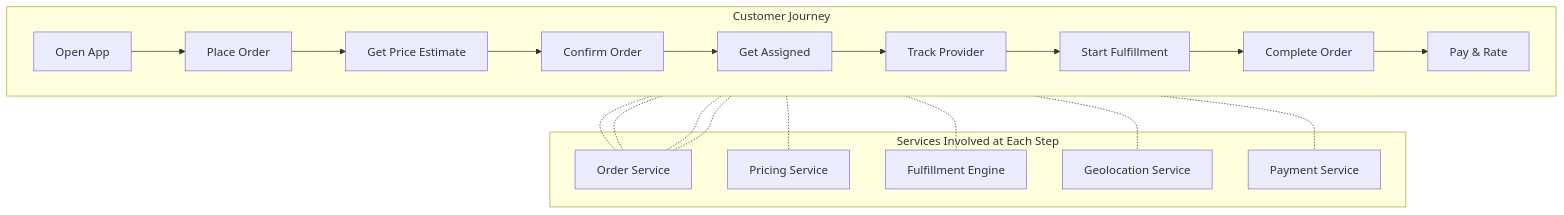
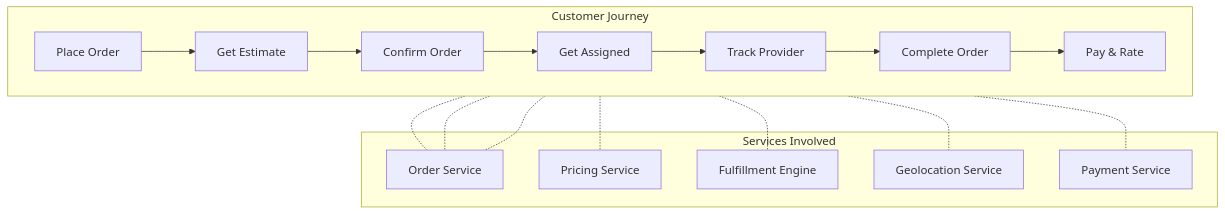
Before and after one commit to rishikeshdhokare/platform-manifesto: the first of 5 diagrams in 11-domain-catalog/README.md, drawn with Mermaid. The commit also changed other lines of this file and 12 other files, not shown here.

First line of the commit message:
fix: refactor Mermaid diagrams for compliance (#135)

````diff
--- a/11-domain-catalog/README.md
+++ b/11-domain-catalog/README.md
@@ -9,31 +11,28 @@
 ```mermaid
 flowchart TB
-    subgraph customer_journey [Customer Journey]
+    subgraph customerJourney ["Customer Journey"]
         direction LR
-        R1[Open App] --> R2[Place Order]
-        R2 --> R3[Get Price Estimate]
-        R3 --> R4[Confirm Order]
-        R4 --> R5[Get Assigned]
-        R5 --> R6[Track Provider]
-        R6 --> R7[Start Fulfillment]
-        R7 --> R8[Complete Order]
-        R8 --> R9[Pay & Rate]
+        R1["Place Order"] --> R2["Get Estimate"]
+        R2 --> R3["Confirm Order"]
+        R3 --> R4["Get Assigned"]
+        R4 --> R5["Track Provider"]
+        R5 --> R6["Complete Order"]
+        R6 --> R7["Pay & Rate"]
     end
 
-    subgraph services_involved [Services Involved at Each Step]
-        R2 -.- Orders
-        R3 -.- Pricing
-        R4 -.- Orders
-        R5 -.- Fulfillment
-        R6 -.- Geolocation
-        R7 -.- Orders
-        R8 -.- Orders
-        R9 -.- Payments
+    subgraph servicesInvolved ["Services Involved"]
+        R1 -.- Orders
+        R2 -.- Pricing
+        R3 -.- Orders
+        R4 -.- Fulfillment
+        R5 -.- Geolocation
+        R6 -.- Orders
+        R7 -.- Payments
     end
 
-    Orders[Order Service]
-    Pricing[Pricing Service]
-    Fulfillment[Fulfillment Engine]
-    Geolocation[Geolocation Service]
-    Payments[Payment Service]
+    Orders["Order Service"]
+    Pricing["Pricing Service"]
+    Fulfillment["Fulfillment Engine"]
+    Geolocation["Geolocation Service"]
+    Payments["Payment Service"]
 ```
````
